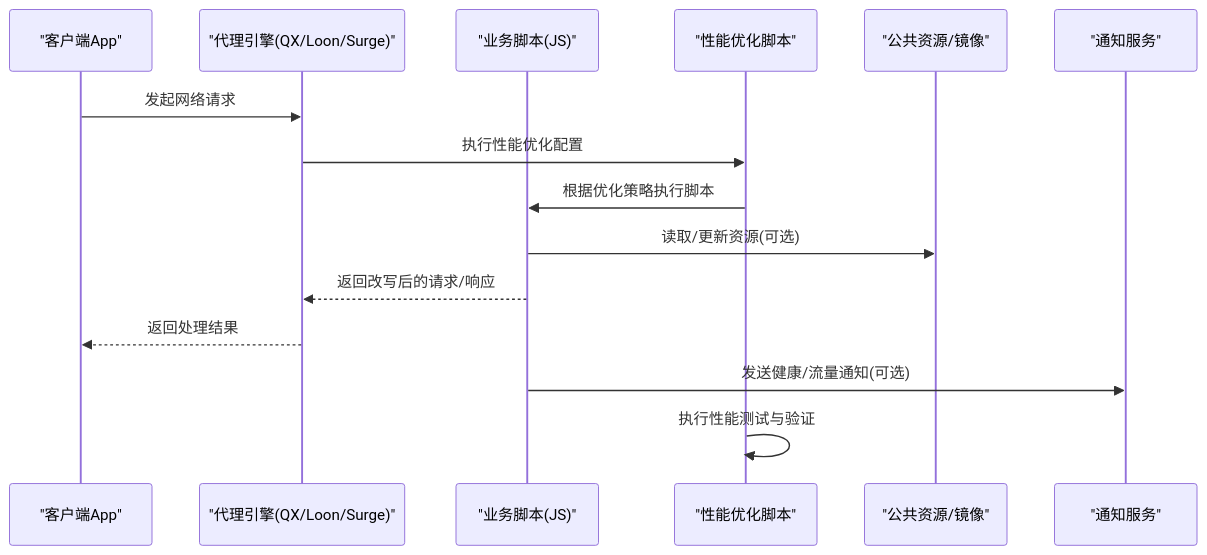
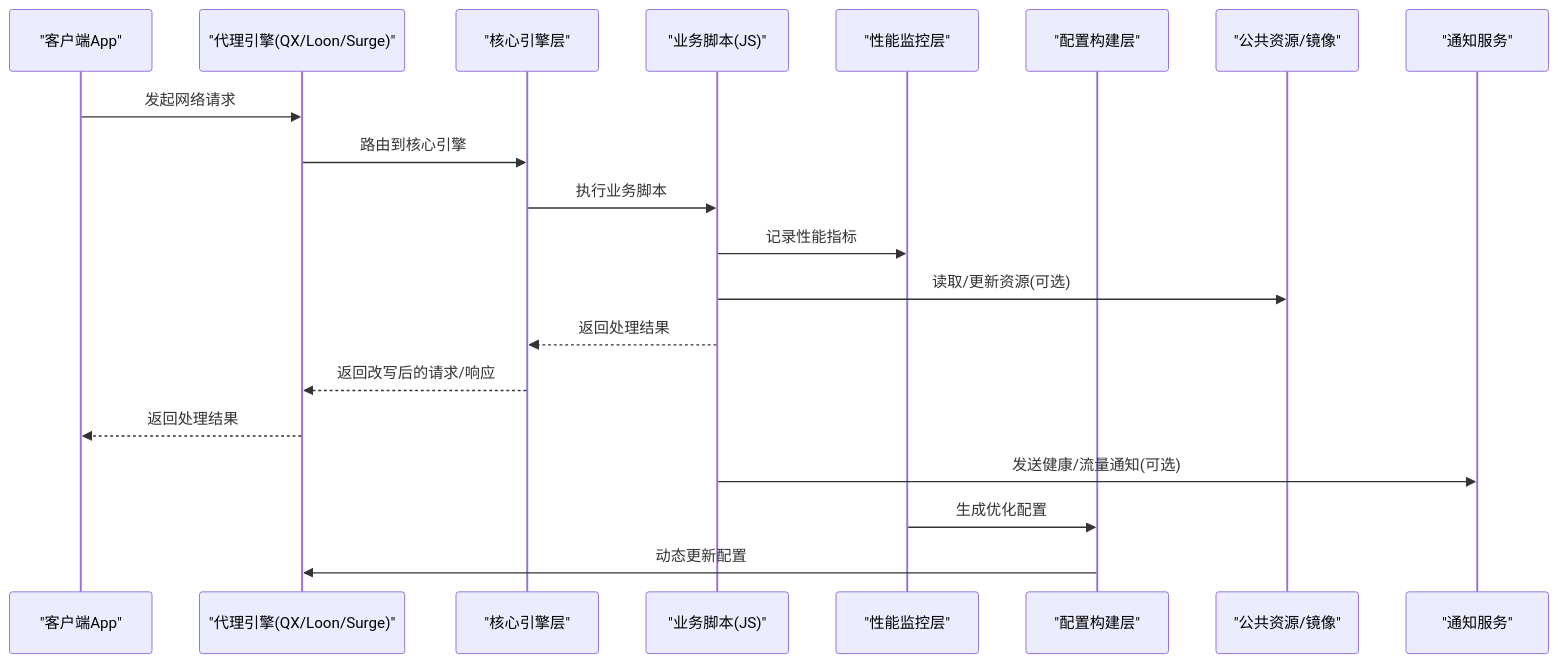
The second of 3 diagrams in .qoder/repowiki/zh/content/脚本库/脚本库.md (3kaiu/config), drawn with Mermaid before and after one commit. The commit also changed other lines of this file and 112 other files, not shown here.

````diff
--- a/.qoder/repowiki/zh/content/脚本库/脚本库.md
+++ b/.qoder/repowiki/zh/content/脚本库/脚本库.md
@@ -209,17 +221,22 @@
 ```mermaid
 sequenceDiagram
 participant Client as "客户端App"
 participant Proxy as "代理引擎(QX/Loon/Surge)"
+participant Engine as "核心引擎层"
 participant Script as "业务脚本(JS)"
-participant PerfOpt as "性能优化脚本"
+participant Perf as "性能监控层"
+participant Config as "配置构建层"
 participant Resource as "公共资源/镜像"
 participant Notify as "通知服务"
 Client->>Proxy : 发起网络请求
-Proxy->>PerfOpt : 执行性能优化配置
-PerfOpt->>Script : 根据优化策略执行脚本
+Proxy->>Engine : 路由到核心引擎
+Engine->>Script : 执行业务脚本
+Script->>Perf : 记录性能指标
 Script->>Resource : 读取/更新资源(可选)
-Script-->>Proxy : 返回改写后的请求/响应
+Script-->>Engine : 返回处理结果
+Engine-->>Proxy : 返回改写后的请求/响应
 Proxy-->>Client : 返回处理结果
 Script->>Notify : 发送健康/流量通知(可选)
-PerfOpt->>PerfOpt : 执行性能测试与验证
+Perf->>Config : 生成优化配置
+Config->>Proxy : 动态更新配置
 ```
````
